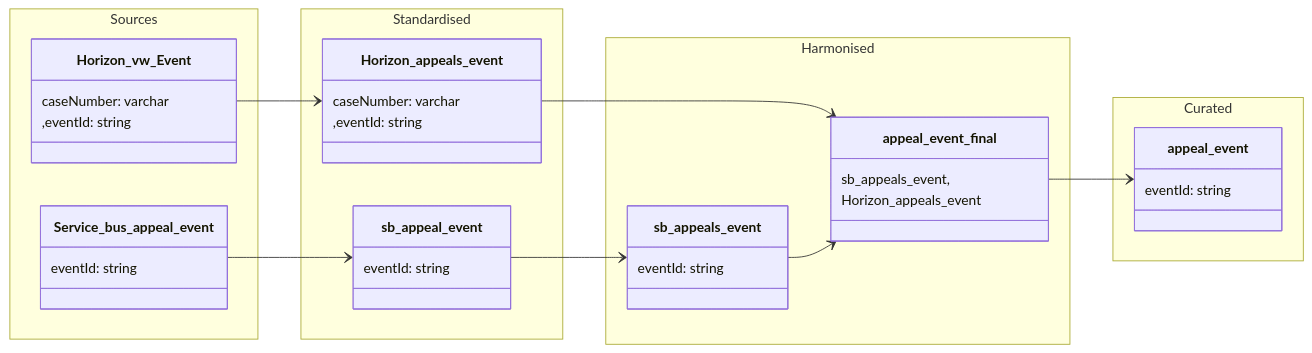
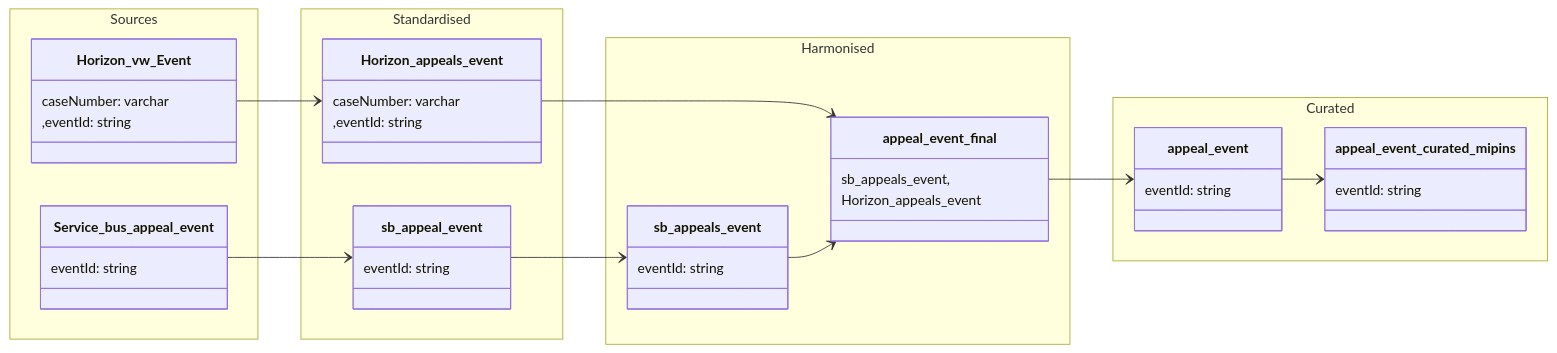
The diagram in data-models/appeal-event.md (Planning-Inspectorate/odw-synapse-workspace), drawn with Mermaid before and after one commit.

````diff
--- a/data-models/appeal-event.md
+++ b/data-models/appeal-event.md
@@ -7,61 +7,65 @@
 ```mermaid
 
 classDiagram
 
     direction LR
 
     namespace Sources {
 
         class Horizon_vw_Event {
             caseNumber: varchar
             ,eventId: string
         }
 
         class Service_bus_appeal_event  {
             eventId: string
         }
     }
 
     namespace Standardised {
 
         class Horizon_appeals_event {
             caseNumber: varchar
             ,eventId: string
         }
 
         class sb_appeal_event  {
             eventId: string
         }
     }
 
     namespace Harmonised {
 
         class sb_appeals_event  {
             eventId: string
         }
         
         class appeal_event_final  {
             sb_appeals_event,
             Horizon_appeals_event
 
         }
     }
 
     namespace Curated {
 
         class appeal_event{
             eventId: string
         }
+        class appeal_event_curated_mipins{
+            eventId: string
+        }
     }
 
 `Horizon_vw_Event` --> `Horizon_appeals_event`
 `Service_bus_appeal_event` --> `sb_appeal_event`
 
 `sb_appeal_event` --> `sb_appeals_event`
 `Horizon_appeals_event` --> `appeal_event_final` 
 
 `sb_appeals_event` --> `appeal_event_final`
 
 `appeal_event_final` --> `appeal_event`
+`appeal_event` --> `appeal_event_curated_mipins`
 
 ```
````
